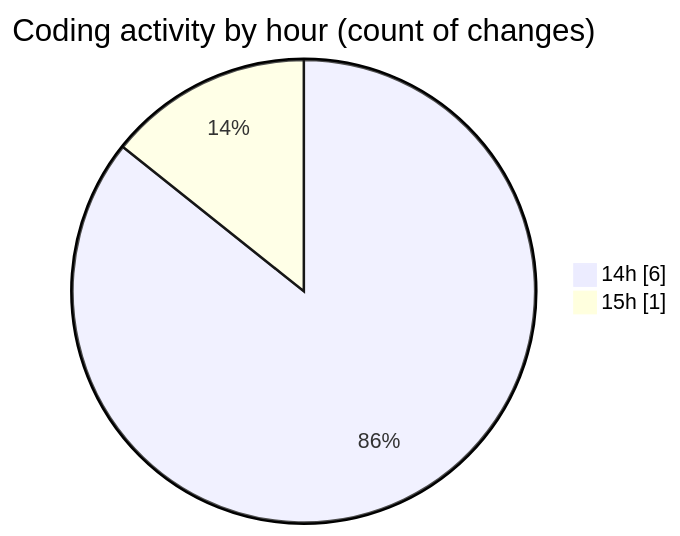
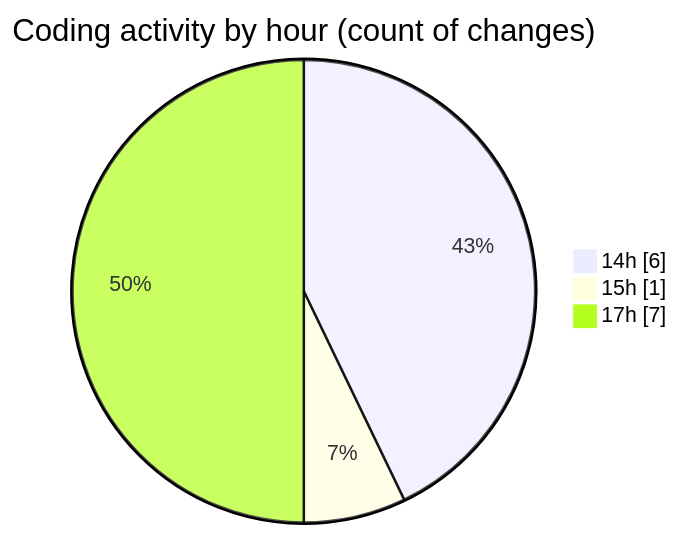
The second of 2 diagrams in 2025-12-08/cda/README.md (momahboobian/code-tracking), drawn with Mermaid before and after one commit. The commit also changed other lines of this file and 1 other file, not shown here.

````diff
--- a/2025-12-08/cda/README.md
+++ b/2025-12-08/cda/README.md
@@ -34,6 +38,7 @@
 ```mermaid
 pie showData
 title Coding activity by hour (count of changes)
 "14h" : 6
 "15h" : 1
+"17h" : 7
 ```
````
